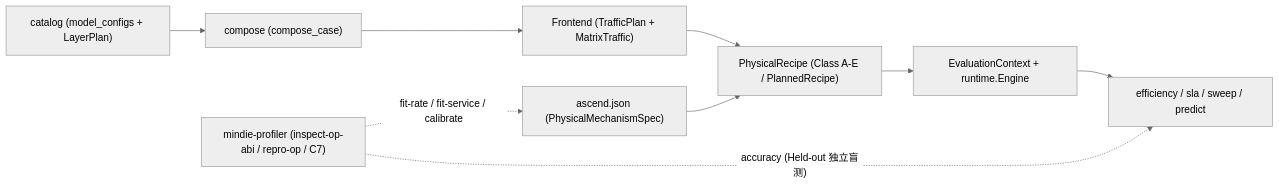
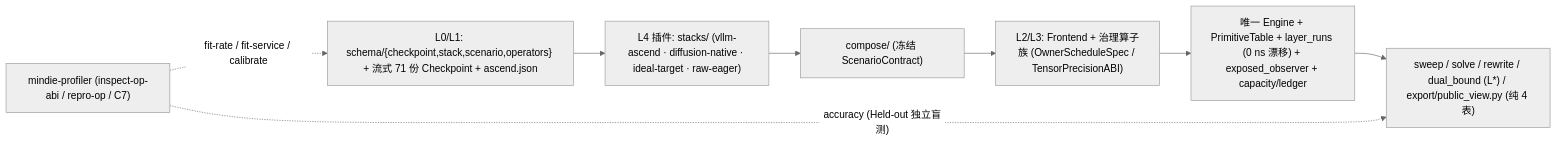
One commit to mindie-agent/sim changed the diagram in CONTRIBUTING.md. Above: the diagram before and after it, drawn with Mermaid (neutral theme). The commit also changed other lines of this file and 11 other files, not shown here.

Commit message:
docs(sim): align living docs, bilingual guides, and migration notes to single-spine architecture

````diff
--- a/CONTRIBUTING.md
+++ b/CONTRIBUTING.md
@@ -28,11 +28,10 @@
 ```mermaid
 flowchart LR
-    C["catalog (model_configs + LayerPlan)"] --> COMP["compose (compose_case)"]
-    COMP --> FE["Frontend (TrafficPlan + MatrixTraffic)"]
-    PROF["ascend.json (PhysicalMechanismSpec)"] --> REC["PhysicalRecipe (Class A-E / PlannedRecipe)"]
-    FE --> REC
-    REC --> ENG["EvaluationContext + runtime.Engine"]
-    ENG --> OUT["efficiency / sla / sweep / predict"]
-    MSPROF["mindie-profiler (inspect-op-abi / repro-op / C7)"] -. "fit-rate / fit-service / calibrate" .-> PROF
+    C["L0/L1: schema/{checkpoint,stack,scenario,operators} + 流式 71 份 Checkpoint + ascend.json"] --> STK["L4 插件: stacks/ (vllm-ascend · diffusion-native · ideal-target · raw-eager)"]
+    STK --> COMP["compose/ (冻结 ScenarioContract)"]
+    COMP --> FE["L2/L3: Frontend + 治理算子族 (OwnerScheduleSpec / TensorPrecisionABI)"]
+    FE --> ENG["唯一 Engine + PrimitiveTable + layer_runs (0 ns 漂移) + exposed_observer + capacity/ledger"]
+    ENG --> OUT["sweep / solve / rewrite / dual_bound (L*) / export/public_view.py (纯 4 表)"]
+    MSPROF["mindie-profiler (inspect-op-abi / repro-op / C7)"] -. "fit-rate / fit-service / calibrate" .-> C
     MSPROF -. "accuracy (Held-out 独立盲测)" .-> OUT
 ```
````
